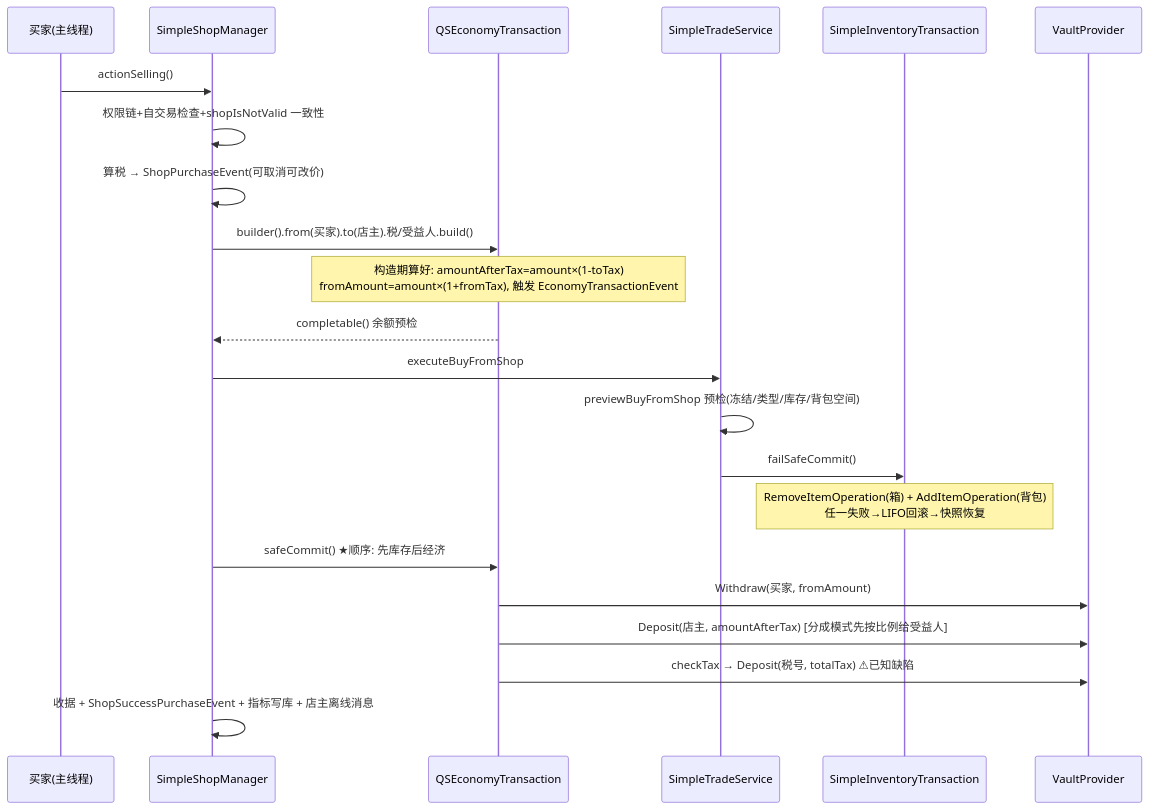
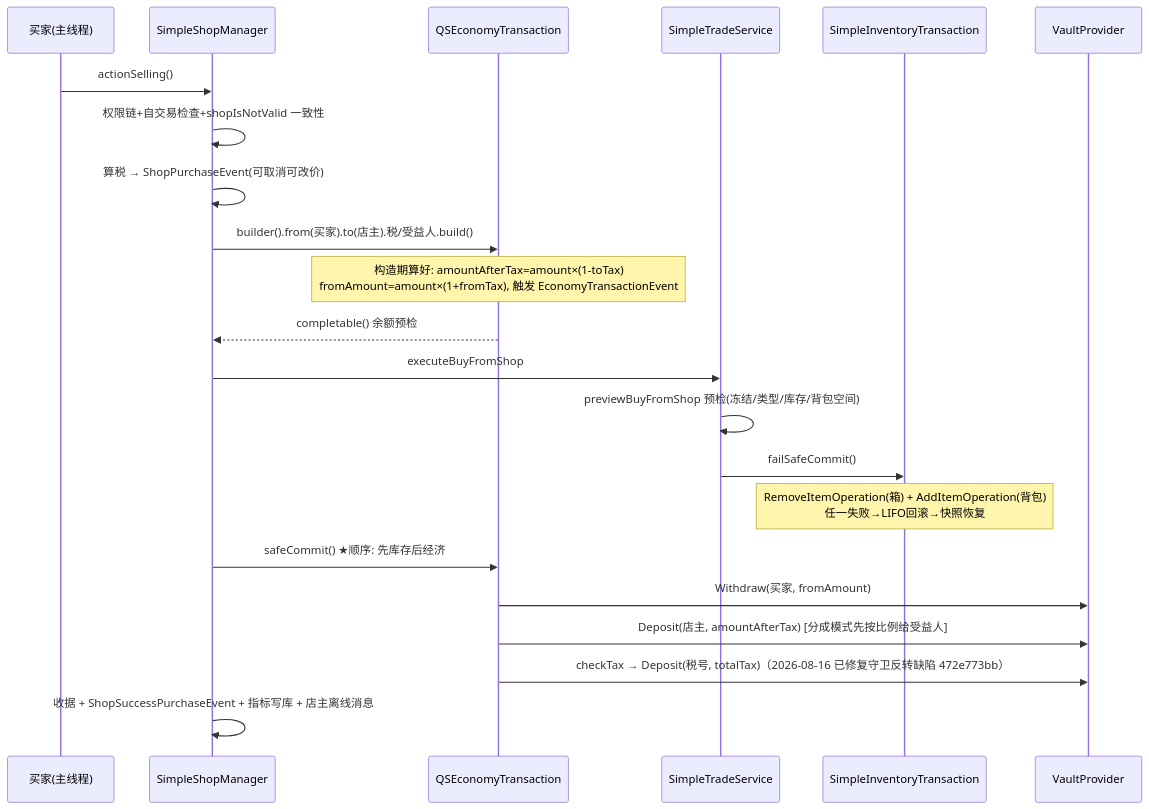
Before and after one commit to Quotidietium/QuickShop-Hikari-1.21.11: the second of 2 diagrams in note/02-运行原理.md, drawn with Mermaid. The commit also changed other lines of this file, not shown here.

````diff
--- a/note/02-运行原理.md
+++ b/note/02-运行原理.md
@@ -58,25 +58,25 @@
 ```mermaid
 sequenceDiagram
     participant P as 买家(主线程)
     participant SM as SimpleShopManager
     participant E as QSEconomyTransaction
     participant TS as SimpleTradeService
     participant IVT as SimpleInventoryTransaction
     participant V as VaultProvider
 
     P->>SM: actionSelling()
     SM->>SM: 权限链+自交易检查+shopIsNotValid 一致性
     SM->>SM: 算税 → ShopPurchaseEvent(可取消可改价)
     SM->>E: builder().from(买家).to(店主).税/受益人.build()
     Note over E: 构造期算好: amountAfterTax=amount×(1-toTax)<br/>fromAmount=amount×(1+fromTax), 触发 EconomyTransactionEvent
     E-->>SM: completable() 余额预检
     SM->>TS: executeBuyFromShop
     TS->>TS: previewBuyFromShop 预检(冻结/类型/库存/背包空间)
     TS->>IVT: failSafeCommit()
     Note over IVT: RemoveItemOperation(箱) + AddItemOperation(背包)<br/>任一失败→LIFO回滚→快照恢复
     SM->>E: safeCommit()  ★顺序: 先库存后经济
     E->>V: Withdraw(买家, fromAmount)
     E->>V: Deposit(店主, amountAfterTax) [分成模式先按比例给受益人]
-    E->>V: checkTax → Deposit(税号, totalTax) ⚠已知缺陷
+    E->>V: checkTax → Deposit(税号, totalTax)（2026-08-16 已修复守卫反转缺陷 472e773bb）
     SM->>SM: 收据 + ShopSuccessPurchaseEvent + 指标写库 + 店主离线消息
 ```
````
